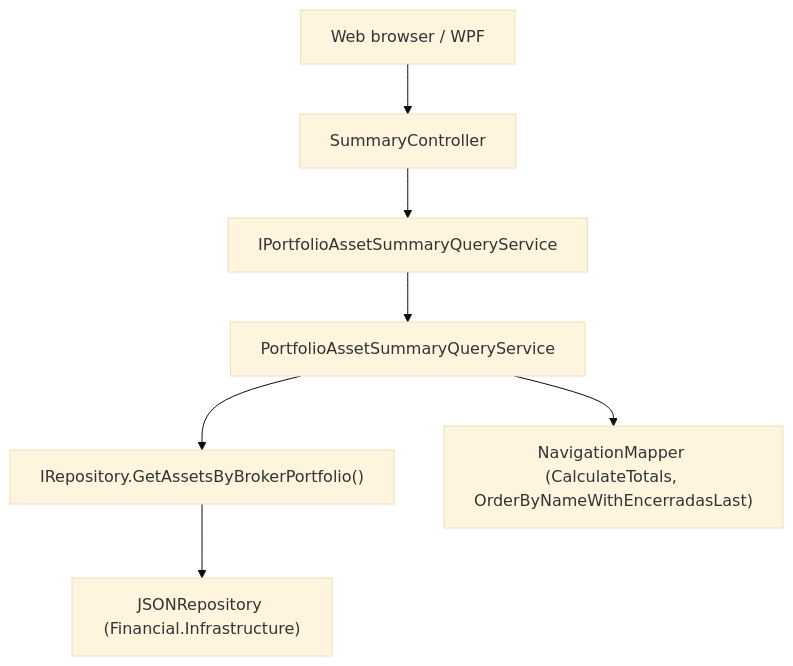
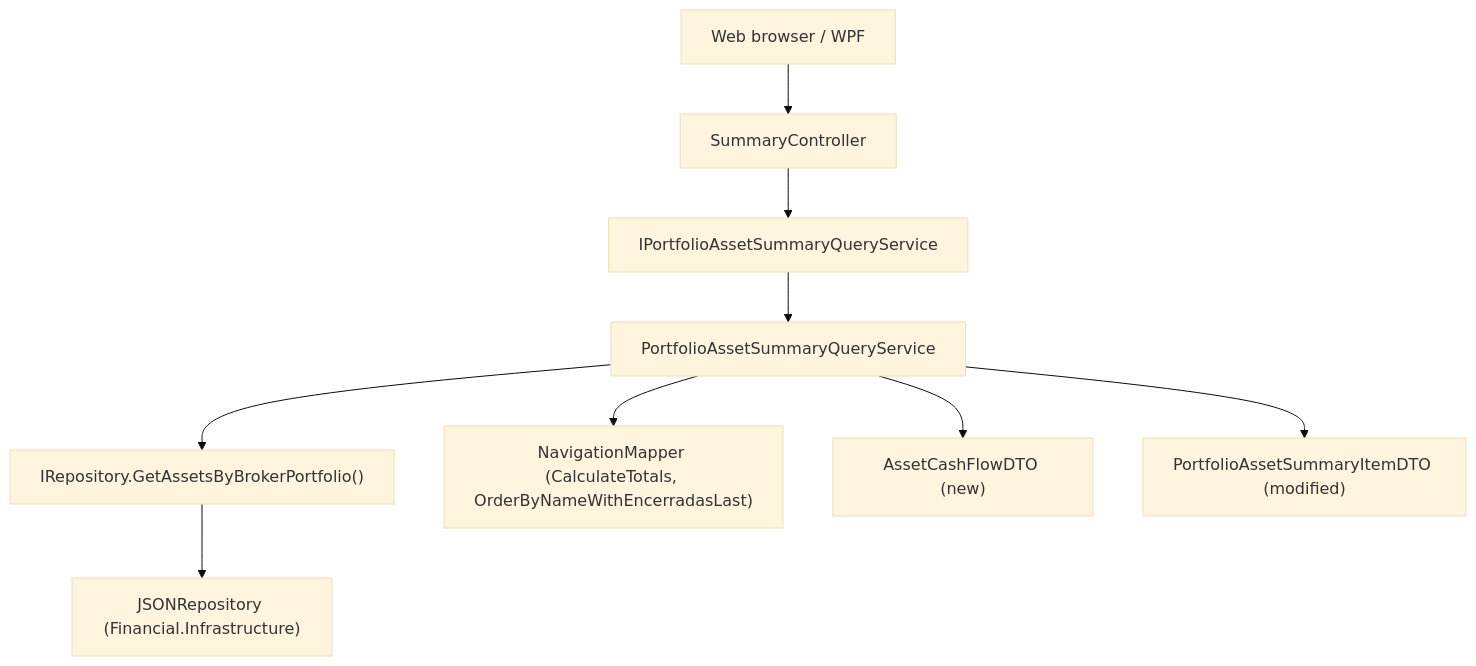
One commit to ggibellato/Financial changed the diagram in docs/P02-F01-portfolio-assets-summary-service-and-endpoint/spec.md. Above: the diagram before and after it, drawn with Mermaid (base theme). The commit also changed other lines of this file and 7 other files, not shown here.

````diff
--- a/docs/P02-F01-portfolio-assets-summary-service-and-endpoint/spec.md
+++ b/docs/P02-F01-portfolio-assets-summary-service-and-endpoint/spec.md
@@ -31,9 +30,11 @@
 ```mermaid
 graph TD
     Caller["Web browser / WPF"] --> Controller["SummaryController"]
     Controller --> IService["IPortfolioAssetSummaryQueryService"]
     IService --> Service["PortfolioAssetSummaryQueryService"]
     Service --> Repository["IRepository.GetAssetsByBrokerPortfolio()"]
     Service --> NavMapper["NavigationMapper (CalculateTotals, OrderByNameWithEncerradasLast)"]
     Repository --> JSONRepo["JSONRepository (Financial.Infrastructure)"]
+    Service --> CashFlowDTO["AssetCashFlowDTO (new)"]
+    Service --> ItemDTO["PortfolioAssetSummaryItemDTO (modified)"]
 ```
````
